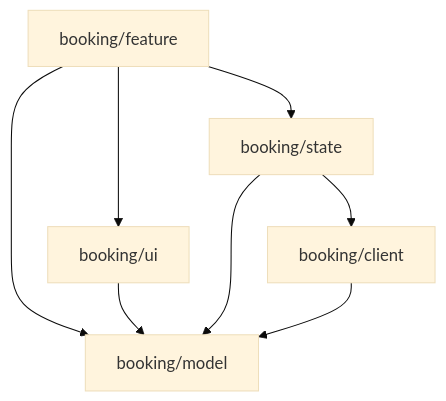
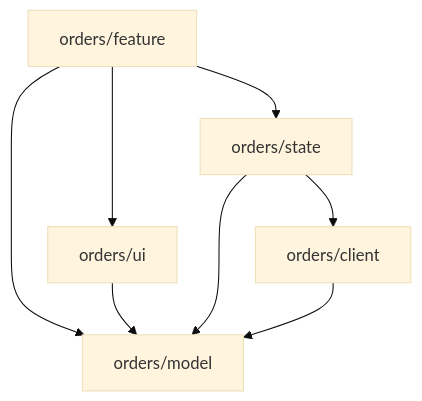
One commit to benjilegnard/frontend-architecture-for-humans-and-agents changed the fifth of 7 diagrams in public/frontend-architecture-for-humans-and-agents.md. Above: the diagram before and after it, drawn with Mermaid (base theme). The commit also changed other lines of this file and 10 other files, not shown here.

````diff
--- a/public/frontend-architecture-for-humans-and-agents.md
+++ b/public/frontend-architecture-for-humans-and-agents.md
@@ -141,10 +518,10 @@
 ```mermaid
 flowchart TD
-  feature[booking/feature] --> ui[booking/ui]
-  feature --> state[booking/state]
-  feature --> model[booking/model]
+  feature[orders/feature] --> ui[orders/ui]
+  feature --> state[orders/state]
+  feature --> model[orders/model]
   ui --> model
-  state --> client[booking/client]
+  state --> client[orders/client]
   state --> model
   client --> model
 ```
````
